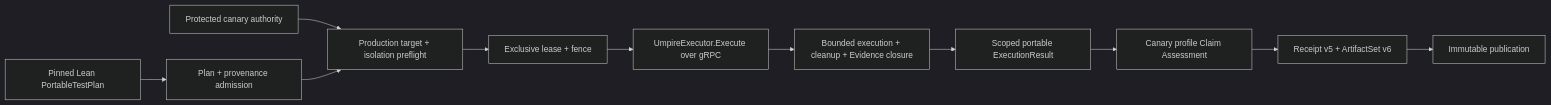
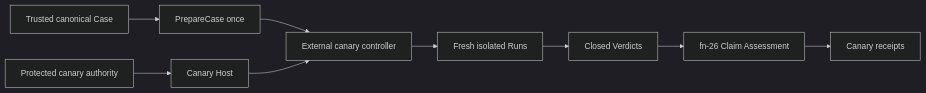
One commit to stephanos/temporal changed the diagram in .flow/specs/fn-29-bounded-production-canary-execution-and.md. Above: the diagram before and after it, drawn with Mermaid (dark theme). The commit also changed other lines of this file and 102 other files, not shown here.

````diff
--- a/.flow/specs/fn-29-bounded-production-canary-execution-and.md
+++ b/.flow/specs/fn-29-bounded-production-canary-execution-and.md
@@ -48,13 +13,11 @@
 ```mermaid
 flowchart LR
-  S[Pinned Lean PortableTestPlan] --> A[Plan + provenance admission]
-  P[Protected canary authority] --> T[Production target + isolation preflight]
-  A --> T
-  T --> L[Exclusive lease + fence]
-  L --> G[UmpireExecutor.Execute over gRPC]
-  G --> X[Bounded execution + cleanup + Evidence closure]
-  X --> C[Scoped portable ExecutionResult]
-  C --> Q[Canary profile Claim Assessment]
-  Q --> R[Receipt v5 + ArtifactSet v6]
-  R --> O[Immutable publication]
+  T[Trusted canonical Case] --> P[PrepareCase once]
+  A[Protected canary authority] --> H[Canary Host]
+  P --> C[External canary controller]
+  H --> C
+  C --> R[Fresh isolated Runs]
+  R --> V[Closed Verdicts]
+  V --> Q[fn-26 Claim Assessment]
+  Q --> X[Canary receipts]
 ```
````
